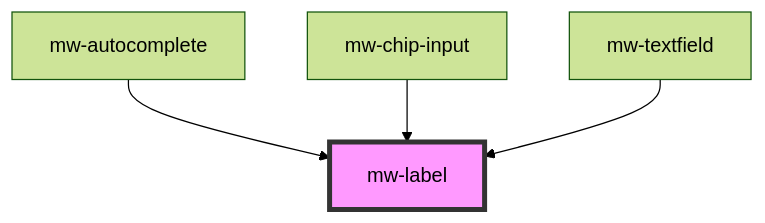
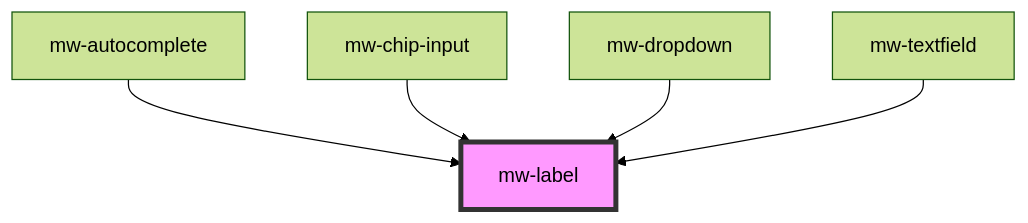
Before and after one commit to MaibornWolff/mwui: the diagram in mwui-stencil/src/components/mw-label/readme.md, drawn with Mermaid (forest theme). The commit also changed other lines of this file and 5 other files, not shown here.

````diff
--- a/mwui-stencil/src/components/mw-label/readme.md
+++ b/mwui-stencil/src/components/mw-label/readme.md
@@ -23,7 +24,8 @@
 ```mermaid
 graph TD;
   mw-autocomplete --> mw-label
   mw-chip-input --> mw-label
+  mw-dropdown --> mw-label
   mw-textfield --> mw-label
   style mw-label fill:#f9f,stroke:#333,stroke-width:4px
 ```
````
